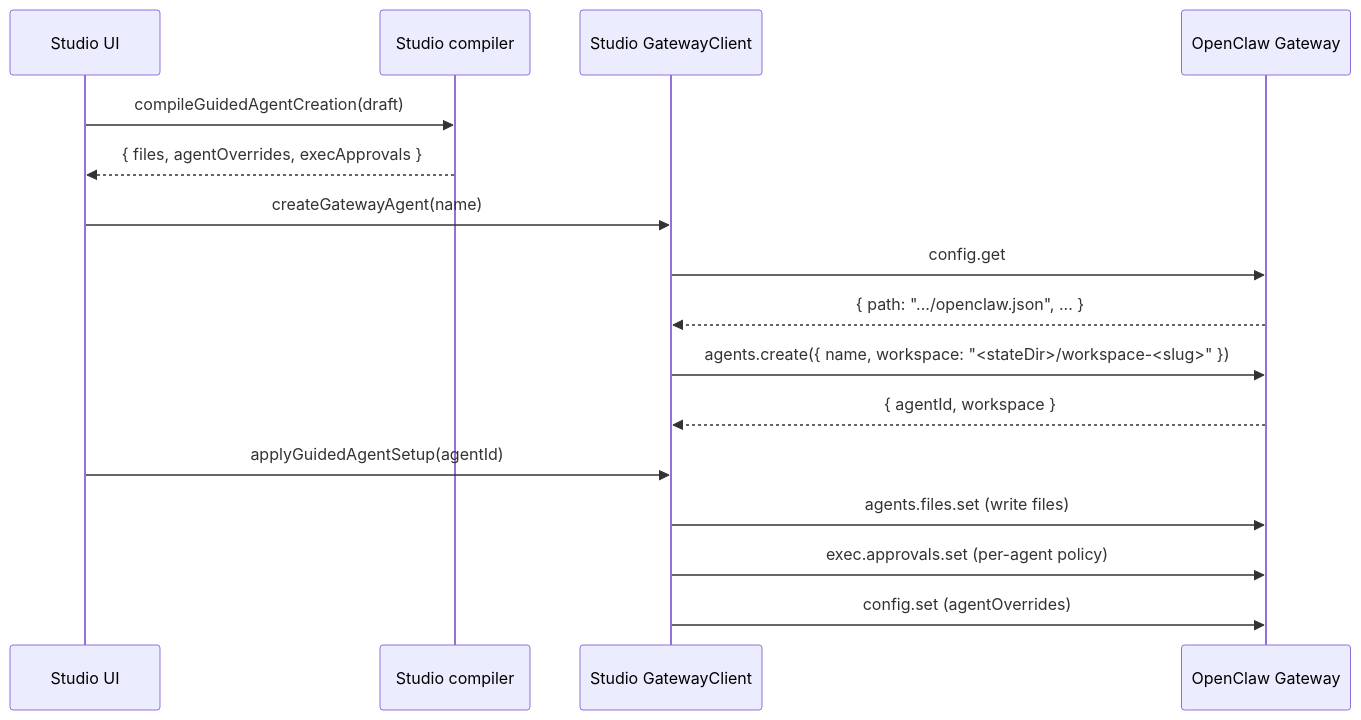
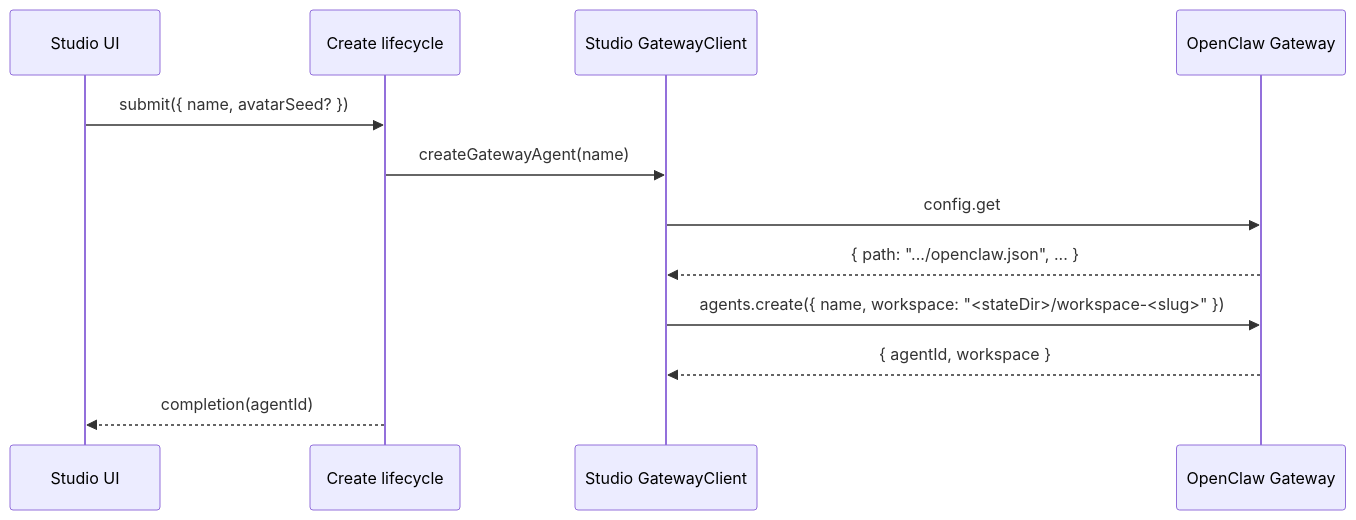
One commit to MichelCaini/openclaw-studio changed the diagram in docs/permissions-sandboxing.md. Above: the diagram before and after it, drawn with Mermaid. The commit also changed other lines of this file and 33 other files, not shown here.

````diff
--- a/docs/permissions-sandboxing.md
+++ b/docs/permissions-sandboxing.md
@@ -96,21 +72,15 @@
 ```mermaid
 sequenceDiagram
   participant UI as Studio UI
-  participant C as Studio compiler
+  participant L as Create lifecycle
   participant GC as Studio GatewayClient
   participant G as OpenClaw Gateway
 
-  UI->>C: compileGuidedAgentCreation(draft)
-  C-->>UI: { files, agentOverrides, execApprovals }
-
-  UI->>GC: createGatewayAgent(name)
+  UI->>L: submit({ name, avatarSeed? })
+  L->>GC: createGatewayAgent(name)
   GC->>G: config.get
   G-->>GC: { path: ".../openclaw.json", ... }
   GC->>G: agents.create({ name, workspace: "<stateDir>/workspace-<slug>" })
   G-->>GC: { agentId, workspace }
-
-  UI->>GC: applyGuidedAgentSetup(agentId)
-  GC->>G: agents.files.set (write files)
-  GC->>G: exec.approvals.set (per-agent policy)
-  GC->>G: config.set (agentOverrides)
+  L-->>UI: completion(agentId)
 ```
````
